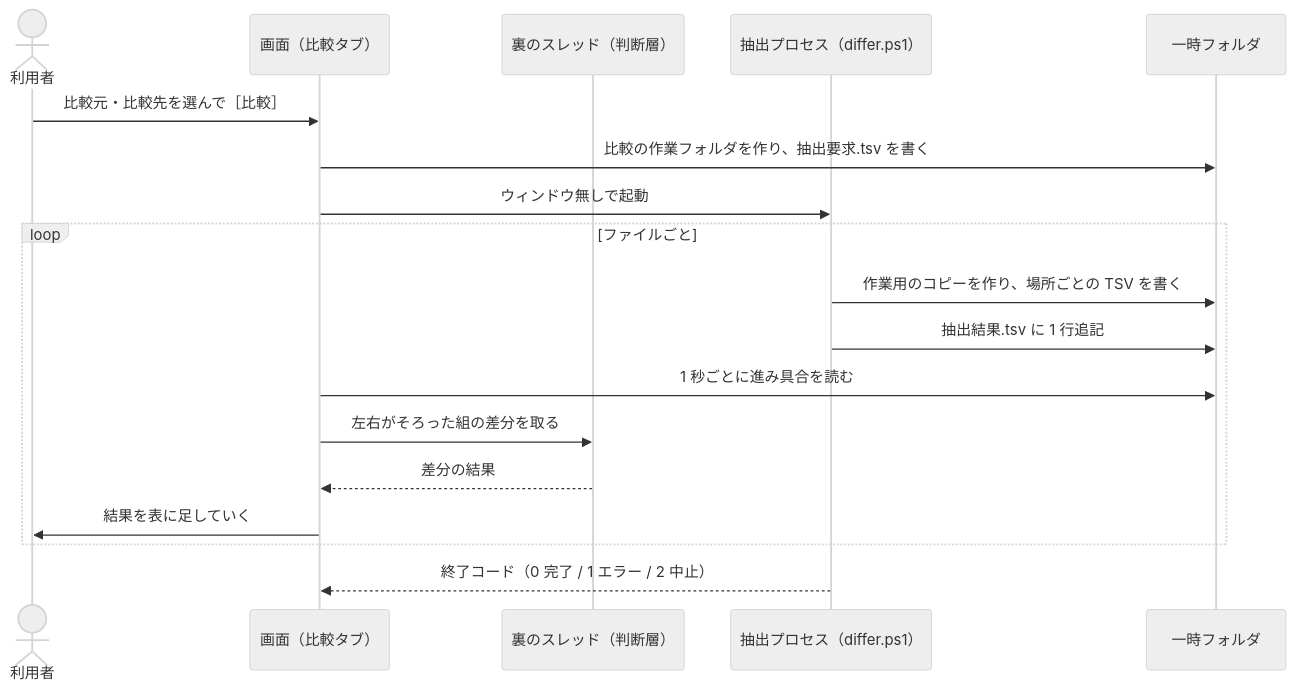
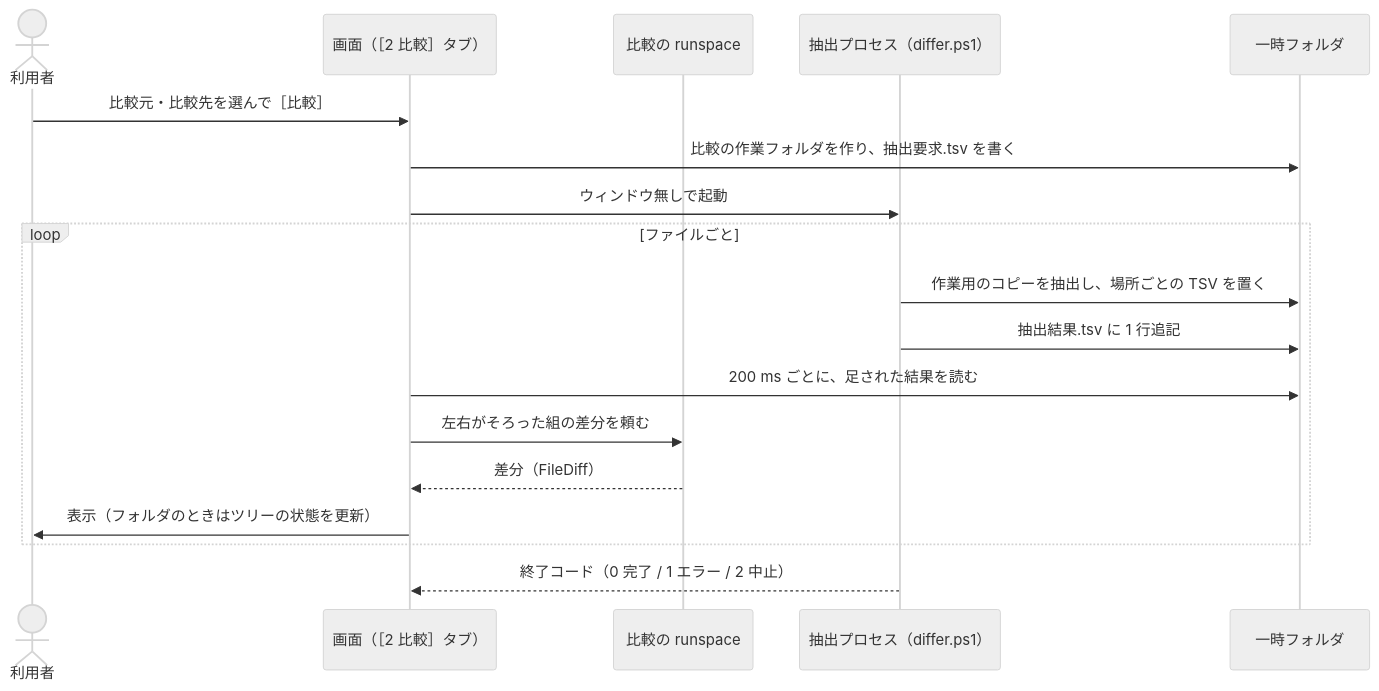
One commit to hsgwa/tebunko changed the second of 5 diagrams in docs/05_比較.md. Above: the diagram before and after it, drawn with Mermaid (neutral theme). The commit also changed other lines of this file and 26 other files, not shown here.

````diff
--- a/docs/05_比較.md
+++ b/docs/05_比較.md
@@ -140,21 +125,21 @@
 ```mermaid
 sequenceDiagram
     actor U as 利用者
-    participant G as 画面（比較タブ）
-    participant B as 裏のスレッド（判断層）
+    participant G as 画面（［2 比較］タブ）
+    participant W as 比較の runspace
     participant X as 抽出プロセス（differ.ps1）
     participant T as 一時フォルダ
 
     U->>G: 比較元・比較先を選んで［比較］
     G->>T: 比較の作業フォルダを作り、抽出要求.tsv を書く
     G->>X: ウィンドウ無しで起動
     loop ファイルごと
-        X->>T: 作業用のコピーを作り、場所ごとの TSV を書く
+        X->>T: 作業用のコピーを抽出し、場所ごとの TSV を置く
         X->>T: 抽出結果.tsv に 1 行追記
-        G->>T: 1 秒ごとに進み具合を読む
-        G->>B: 左右がそろった組の差分を取る
-        B-->>G: 差分の結果
-        G->>U: 結果を表に足していく
+        G->>T: 200 ms ごとに、足された結果を読む
+        G->>W: 左右がそろった組の差分を頼む
+        W-->>G: 差分（FileDiff）
+        G->>U: 表示（フォルダのときはツリーの状態を更新）
     end
     X-->>G: 終了コード（0 完了 / 1 エラー / 2 中止）
 ```
````
